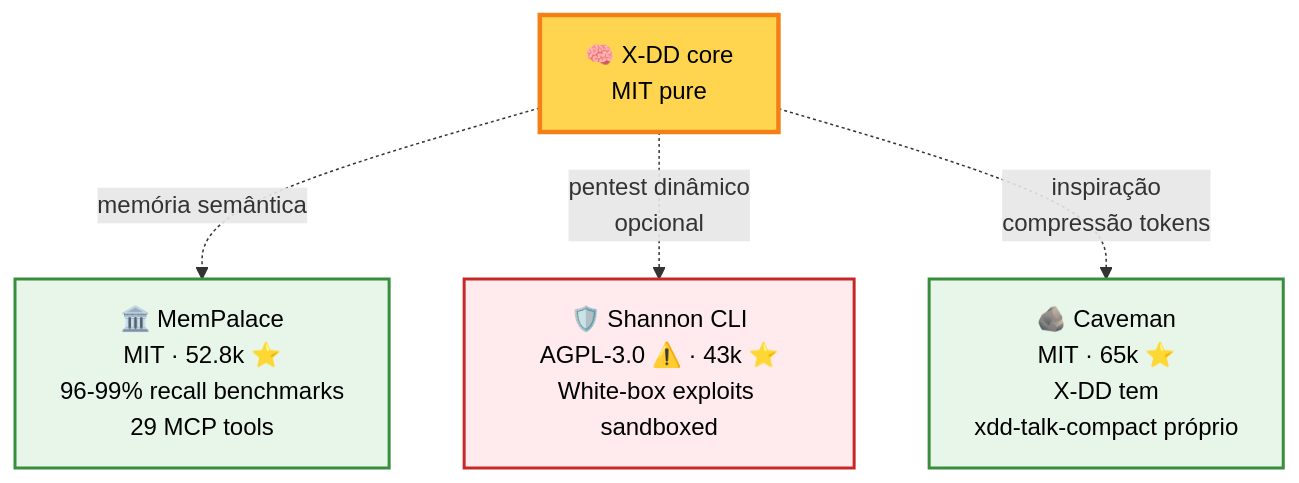
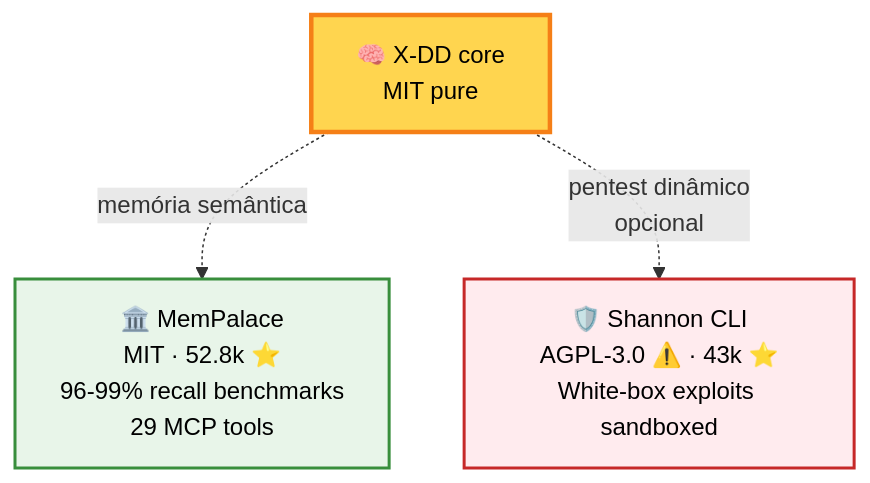
The tenth of 10 diagrams in README.pt-BR.md (Cucholambr3ta/x-dd), drawn with Mermaid before and after one commit. The commit also changed 5 other files, not shown here.

First line of the commit message:
docs: quitar Caveman como integración externa; X-DD usa xdd-talk-compact propio

````diff
--- a/README.pt-BR.md
+++ b/README.pt-BR.md
@@ -436,15 +436,14 @@
 ```mermaid
 flowchart TB
     XDD["🧠 X-DD core<br/>MIT pure"]
 
     XDD -.->|"memória semântica"| MP["🏛️ MemPalace<br/>MIT · 52.8k ⭐<br/>96-99% recall benchmarks<br/>29 MCP tools"]
     XDD -.->|"pentest dinâmico<br/>opcional"| SH["🛡️ Shannon CLI<br/>AGPL-3.0 ⚠️ · 43k ⭐<br/>White-box exploits sandboxed"]
-    XDD -.->|"inspiração<br/>compressão tokens"| CV["🪨 Caveman<br/>MIT · 65k ⭐<br/>X-DD tem<br/>xdd-talk-compact próprio"]
 
     classDef core fill:#ffd54f,stroke:#f57f17,color:#000,stroke-width:3px
     classDef ext fill:#e8f5e9,stroke:#388e3c,color:#000,stroke-width:2px
     classDef warn fill:#ffebee,stroke:#c62828,color:#000,stroke-width:2px
     class XDD core
-    class MP,CV ext
+    class MP ext
     class SH warn
 ```
````
